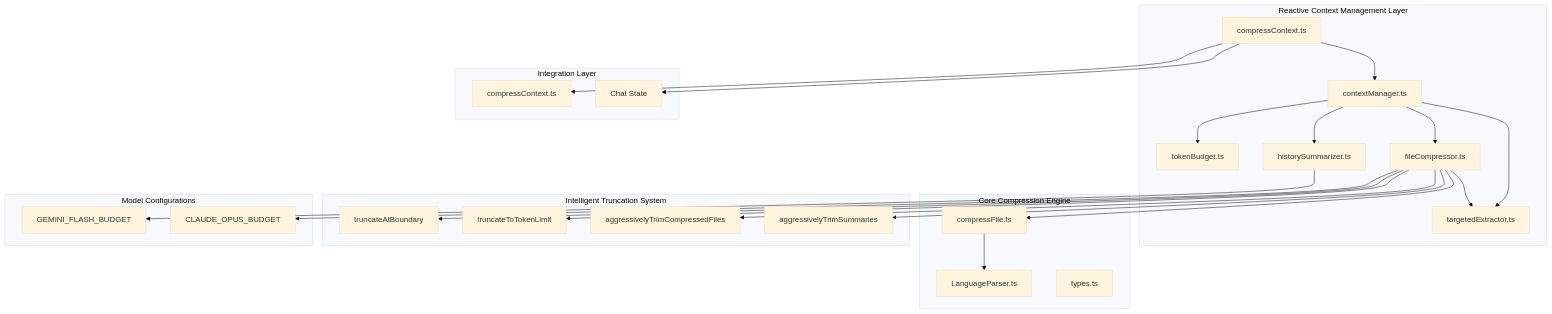
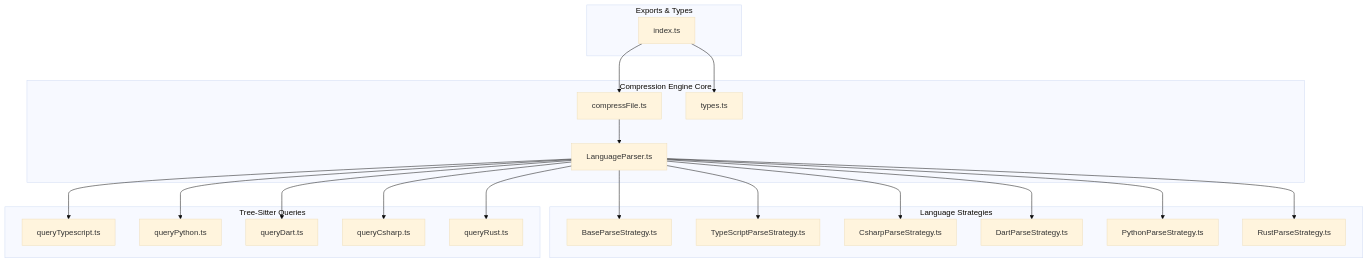
Before and after one commit to bramburn/repomix-runner: the first of 5 diagrams in .qoder/repowiki/en/content/Core Features/Compression Engine Architecture.md, drawn with Mermaid (base theme). The commit also changed other lines of this file and 41 other files, not shown here.

````diff
--- a/.qoder/repowiki/en/content/Core Features/Compression Engine Architecture.md
+++ b/.qoder/repowiki/en/content/Core Features/Compression Engine Architecture.md
@@ -52,46 +41,40 @@
 ```mermaid
 graph TB
-subgraph "Reactive Context Management Layer"
-CM[contextManager.ts]
-TB[tokenBudget.ts]
-HS[historySummarizer.ts]
-FC[fileCompressor.ts]
-TE[targetedExtractor.ts]
-CT[compressContext.ts]
-end
-subgraph "Core Compression Engine"
+subgraph "Compression Engine Core"
 CF[compressFile.ts]
 LP[LanguageParser.ts]
 TYPES[types.ts]
 end
-subgraph "Intelligent Truncation System"
-TAB[truncateAtBoundary]
-TTT[truncateToTokenLimit]
-AGG[aggressivelyTrimCompressedFiles]
-AGGS[aggressivelyTrimSummaries]
+subgraph "Language Strategies"
+BASE[BaseParseStrategy.ts]
+TS[TypeScriptParseStrategy.ts]
+CS[CsharpParseStrategy.ts]
+DT[DartParseStrategy.ts]
+PY[PythonParseStrategy.ts]
+RS[RustParseStrategy.ts]
 end
-subgraph "Integration Layer"
-NODES[compressContext.ts]
-STATE[Chat State]
+subgraph "Tree-Sitter Queries"
+QT[queryTypescript.ts]
+QP[queryPython.ts]
+QD[queryDart.ts]
+QC[queryCsharp.ts]
+QR[queryRust.ts]
 end
-subgraph "Model Configurations"
-GEMINI[GEMINI_FLASH_BUDGET]
-CLAUDE[CLAUDE_OPUS_BUDGET]
+subgraph "Exports & Types"
+IDX[index.ts]
 end
-CM --> TB
-CM --> HS
-CM --> FC
-CM --> TE
-FC --> CF
-FC --> TE
-FC --> TAB
-FC --> TTT
-FC --> AGG
-FC --> AGGS
-HS --> GEMINI
-FC --> CLAUDE
 CF --> LP
-CT --> CM
-CT --> NODES
-CT --> STATE
+LP --> BASE
+LP --> TS
+LP --> CS
+LP --> DT
+LP --> PY
+LP --> RS
+LP --> QT
+LP --> QP
+LP --> QD
+LP --> QC
+LP --> QR
+IDX --> CF
+IDX --> TYPES
 ```
````
